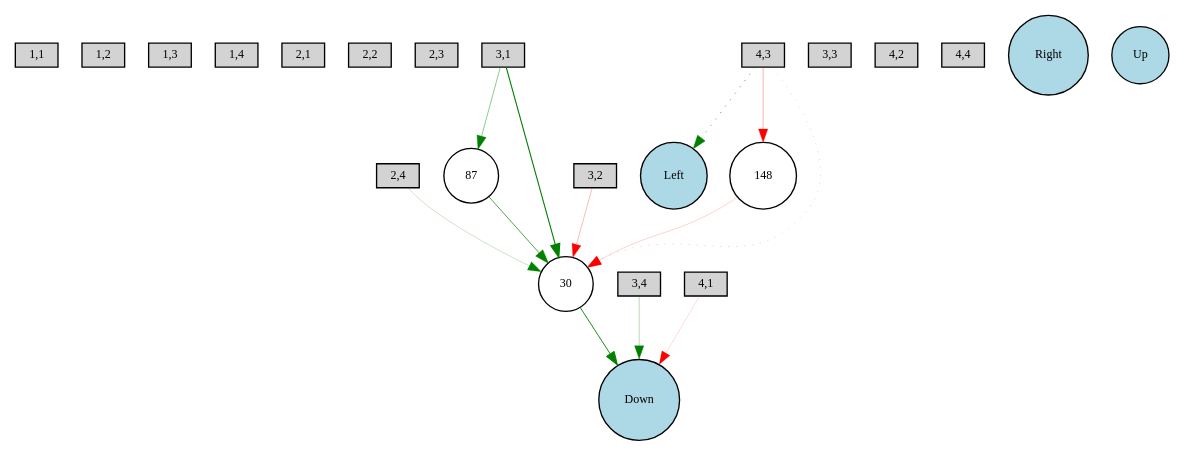
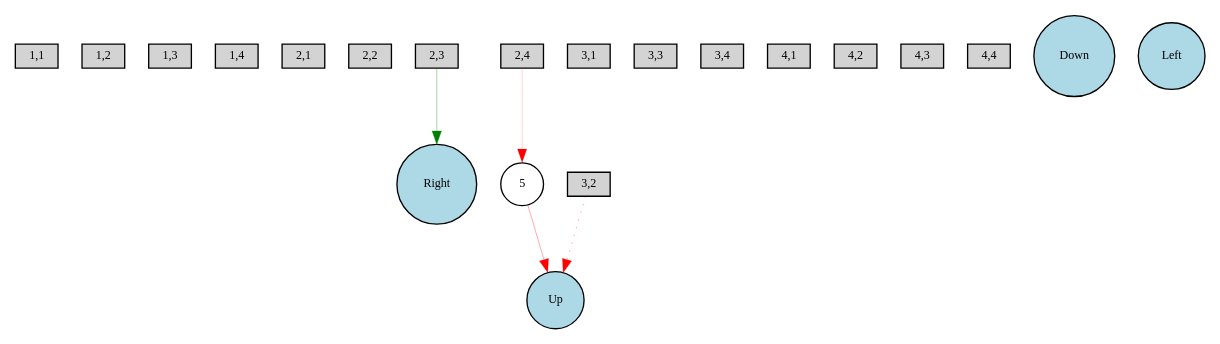
The diagram in Digraph.gv (HiggstonRainbird/NEAT-2048), drawn with Graphviz before and after one commit. The commit also changed 5 other files, not shown here.

```diff
--- a/Digraph.gv
+++ b/Digraph.gv
@@ -1,38 +1,28 @@
 digraph {
 	node [fontsize=9 height=0.2 shape=circle width=0.2]
 	"1,1" [fillcolor=lightgray shape=box style=filled]
 	"1,2" [fillcolor=lightgray shape=box style=filled]
 	"1,3" [fillcolor=lightgray shape=box style=filled]
 	"1,4" [fillcolor=lightgray shape=box style=filled]
 	"2,1" [fillcolor=lightgray shape=box style=filled]
 	"2,2" [fillcolor=lightgray shape=box style=filled]
 	"2,3" [fillcolor=lightgray shape=box style=filled]
 	"2,4" [fillcolor=lightgray shape=box style=filled]
 	"3,1" [fillcolor=lightgray shape=box style=filled]
 	"3,2" [fillcolor=lightgray shape=box style=filled]
 	"3,3" [fillcolor=lightgray shape=box style=filled]
 	"3,4" [fillcolor=lightgray shape=box style=filled]
 	"4,1" [fillcolor=lightgray shape=box style=filled]
 	"4,2" [fillcolor=lightgray shape=box style=filled]
 	"4,3" [fillcolor=lightgray shape=box style=filled]
 	"4,4" [fillcolor=lightgray shape=box style=filled]
+	Right [fillcolor=lightblue style=filled]
+	Down [fillcolor=lightblue style=filled]
 	Left [fillcolor=lightblue style=filled]
-	Down [fillcolor=lightblue style=filled]
-	Right [fillcolor=lightblue style=filled]
 	Up [fillcolor=lightblue style=filled]
-	148 [fillcolor=white style=filled]
-	87 [fillcolor=white style=filled]
-	30 [fillcolor=white style=filled]
-	"2,4" -> 30 [color=green penwidth=0.158113553432 style=solid]
-	30 -> Down [color=green penwidth=0.68264006308 style=solid]
-	"4,3" -> 30 [color=red penwidth=0.135158296471 style=dotted]
-	"4,3" -> Left [color=green penwidth=0.425988878861 style=dotted]
-	"3,4" -> Down [color=green penwidth=0.222559215912 style=solid]
-	87 -> 30 [color=green penwidth=0.52905785831 style=solid]
-	"3,1" -> 30 [color=green penwidth=0.832533050132 style=solid]
-	"3,1" -> 87 [color=green penwidth=0.326331633453 style=solid]
-	"4,3" -> 148 [color=red penwidth=0.229573173078 style=solid]
-	148 -> 30 [color=red penwidth=0.138230719991 style=solid]
-	"4,1" -> Down [color=red penwidth=0.114562865658 style=solid]
-	"3,2" -> 30 [color=red penwidth=0.211532323684 style=solid]
+	5 [fillcolor=white style=filled]
+	"3,2" -> Up [color=red penwidth=0.288759989494 style=dotted]
+	"2,3" -> Right [color=green penwidth=0.258223780965 style=solid]
+	"2,4" -> 5 [color=red penwidth=0.119310072278 style=solid]
+	5 -> Up [color=red penwidth=0.253974251855 style=solid]
 }
```
